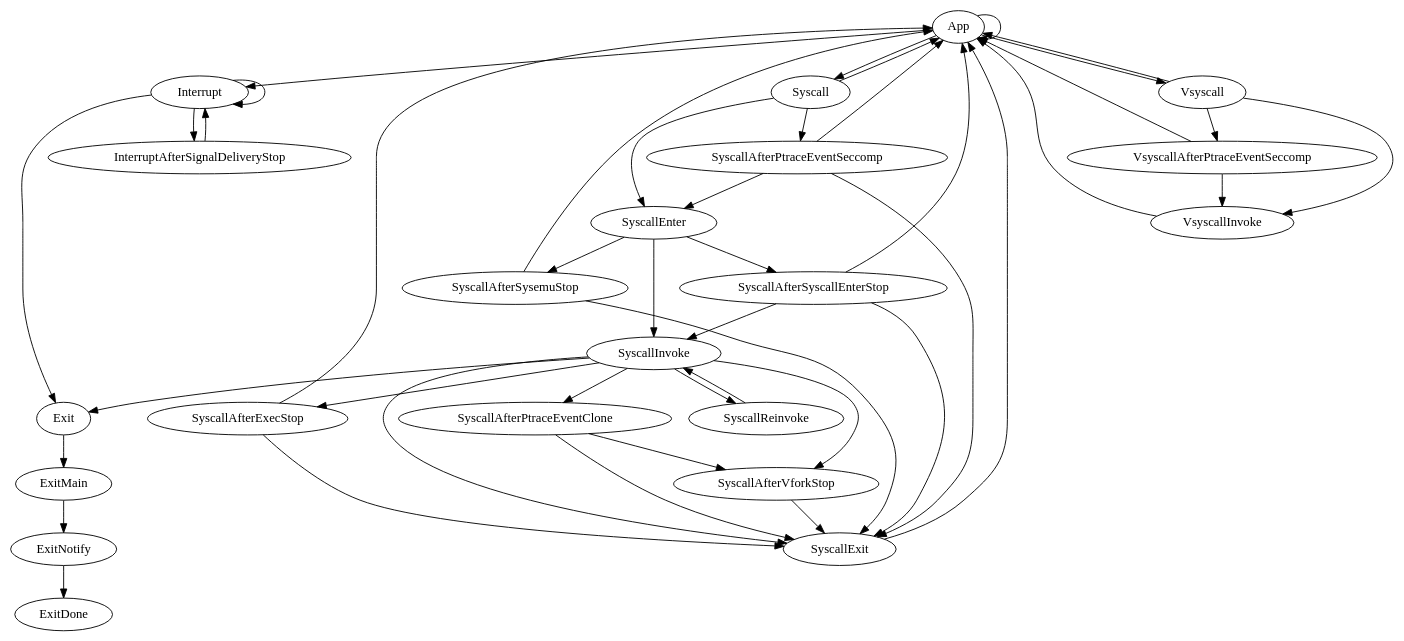
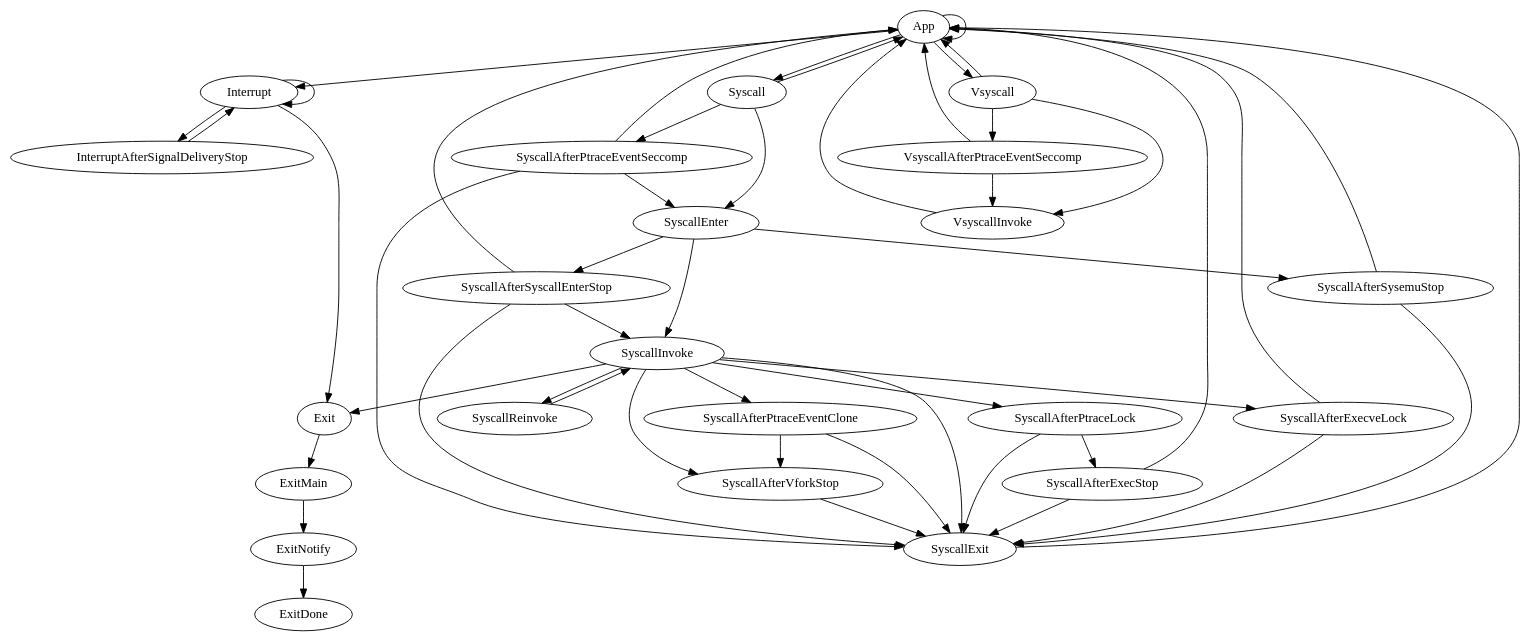
One commit to google/gvisor changed the diagram in pkg/sentry/kernel/g3doc/run_states.dot. Above: the diagram before and after it, drawn with Graphviz. The commit also changed 37 other files, not shown here.

```diff
--- a/pkg/sentry/kernel/g3doc/run_states.dot
+++ b/pkg/sentry/kernel/g3doc/run_states.dot
@@ -1,99 +1,110 @@
 digraph {
   subgraph {
     App;
   }
   subgraph {
     Interrupt;
     InterruptAfterSignalDeliveryStop;
   }
   subgraph {
     Syscall;
     SyscallAfterPtraceEventSeccomp;
     SyscallEnter;
     SyscallAfterSyscallEnterStop;
     SyscallAfterSysemuStop;
     SyscallInvoke;
     SyscallAfterPtraceEventClone;
     SyscallAfterExecStop;
     SyscallAfterVforkStop;
     SyscallReinvoke;
     SyscallExit;
   }
   subgraph {
     Vsyscall;
     VsyscallAfterPtraceEventSeccomp;
     VsyscallInvoke;
   }
   subgraph {
     Exit;
     ExitMain; // leave thread group, release resources, reparent children, kill PID namespace and wait if TGID 1
     ExitNotify; // signal parent/tracer, become waitable
     ExitDone; // represented by t.runState == nil
   }
 
   // Task exit
   Exit -> ExitMain;
   ExitMain -> ExitNotify;
   ExitNotify -> ExitDone;
 
   // Execution of untrusted application code
   App -> App;
 
   // Interrupts (usually signal delivery)
   App -> Interrupt;
   Interrupt -> Interrupt; // if other interrupt conditions may still apply
   Interrupt -> Exit; // if killed
 
   // Syscalls
   App -> Syscall;
   Syscall -> SyscallEnter;
   SyscallEnter -> SyscallInvoke;
   SyscallInvoke -> SyscallExit;
   SyscallExit -> App;
 
   // exit, exit_group
   SyscallInvoke -> Exit;
 
   // execve
-  SyscallInvoke -> SyscallAfterExecStop;
+  SyscallInvoke -> SyscallAfterPtraceLock; // This is to execve what SyscallAfterExecveLock is to ptrace.
+  SyscallAfterPtraceLock -> SyscallAfterExecStop;
+  SyscallAfterPtraceLock -> SyscallExit;
   SyscallAfterExecStop -> SyscallExit;
   SyscallAfterExecStop -> App; // fatal signal pending
+
+  // ptrace (only for PTRACE_ATTACH and PTRACE_SEIZE)
+  // For correct Task creds computation, execve and ptrace_attach|seize must be
+  // serialized. To mutually exclude each other in a S/R-safe manner, execve and
+  // ptrace_attach|seize respectively languish in stops till they can reach
+  // the SyscallAfterPtraceLock and SyscallAfterExecveLock run states respectively.
+  SyscallInvoke -> SyscallAfterExecveLock; // This is to ptrace what SyscallAfterPtraceLock is to execve.
+  SyscallAfterExecveLock -> SyscallExit;
+  SyscallAfterExecveLock -> App;
 
   // vfork
   SyscallInvoke -> SyscallAfterVforkStop;
   SyscallAfterVforkStop -> SyscallExit;
 
   // Vsyscalls
   App -> Vsyscall;
   Vsyscall -> VsyscallInvoke;
   Vsyscall -> App; // fault while reading return address from stack
   VsyscallInvoke -> App;
 
   // ptrace-specific branches
   Interrupt -> InterruptAfterSignalDeliveryStop;
   InterruptAfterSignalDeliveryStop -> Interrupt;
   SyscallEnter -> SyscallAfterSyscallEnterStop;
   SyscallAfterSyscallEnterStop -> SyscallInvoke;
   SyscallAfterSyscallEnterStop -> SyscallExit; // skipped by tracer
   SyscallAfterSyscallEnterStop -> App; // fatal signal pending
   SyscallEnter -> SyscallAfterSysemuStop;
   SyscallAfterSysemuStop -> SyscallExit;
   SyscallAfterSysemuStop -> App; // fatal signal pending
   SyscallInvoke -> SyscallAfterPtraceEventClone;
   SyscallAfterPtraceEventClone -> SyscallExit;
   SyscallAfterPtraceEventClone -> SyscallAfterVforkStop;
 
   // seccomp
   Syscall -> App; // SECCOMP_RET_TRAP, SECCOMP_RET_ERRNO, SECCOMP_RET_KILL, SECCOMP_RET_TRACE without tracer
   Syscall -> SyscallAfterPtraceEventSeccomp; // SECCOMP_RET_TRACE
   SyscallAfterPtraceEventSeccomp -> SyscallEnter;
   SyscallAfterPtraceEventSeccomp -> SyscallExit; // skipped by tracer
   SyscallAfterPtraceEventSeccomp -> App; // fatal signal pending
   Vsyscall -> VsyscallAfterPtraceEventSeccomp;
   VsyscallAfterPtraceEventSeccomp -> VsyscallInvoke;
   VsyscallAfterPtraceEventSeccomp -> App;
 
   // Autosave
   SyscallInvoke -> SyscallReinvoke;
   SyscallReinvoke -> SyscallInvoke;
 }
```
